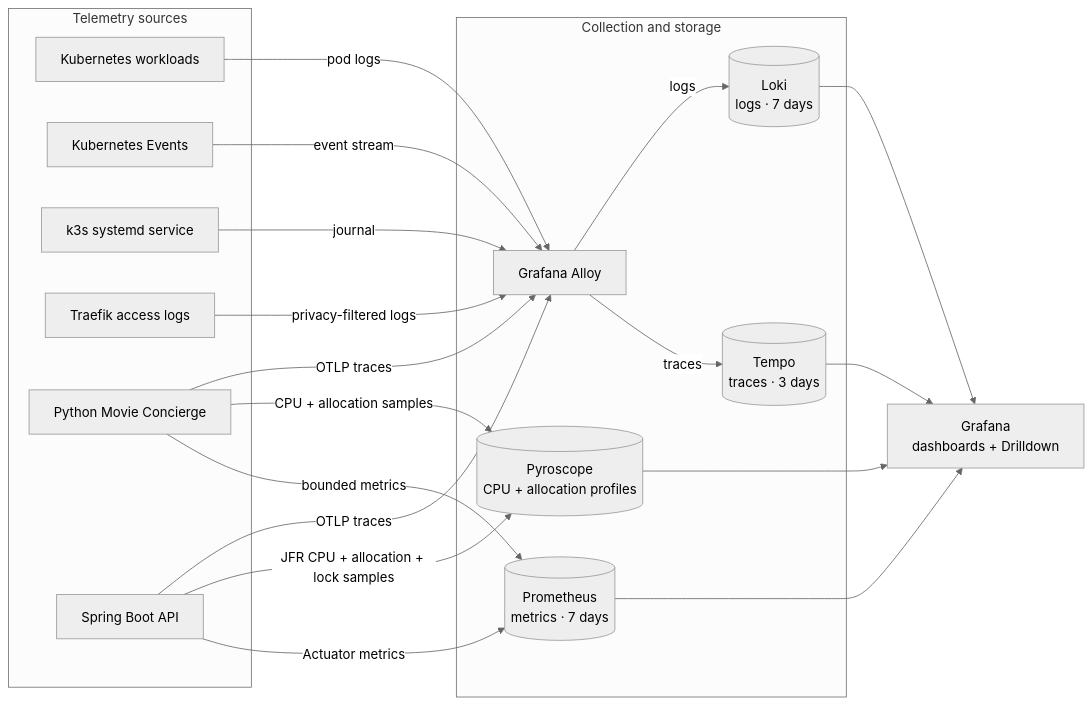
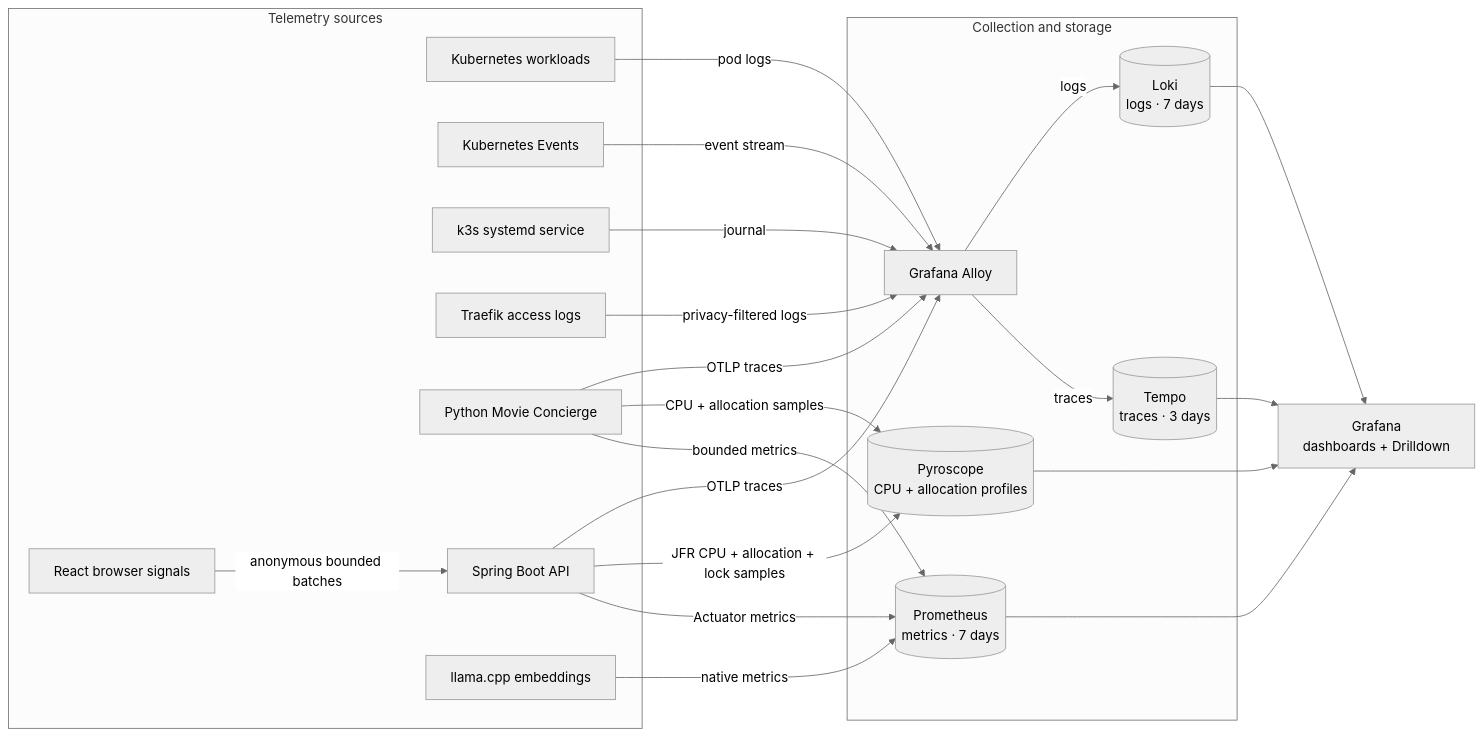
Before and after one commit to NiklasTiede/imdb-clone: the second of 3 diagrams in README.md, drawn with Mermaid (neutral theme). The commit also changed other lines of this file and 3 other files, not shown here.

````diff
--- a/README.md
+++ b/README.md
@@ -129,38 +130,42 @@
 ```mermaid
 flowchart LR
   subgraph sources["Telemetry sources"]
     workloads["Kubernetes workloads"]
     events["Kubernetes Events"]
     k3s["k3s systemd service"]
     traefik["Traefik access logs"]
+    frontendTelemetry["React browser signals"]
     agentTelemetry["Python Movie Concierge"]
     backendTelemetry["Spring Boot API"]
+    llamaTelemetry["llama.cpp embeddings"]
   end
 
   subgraph stores["Collection and storage"]
     alloy["Grafana Alloy"]
     prometheus[("Prometheus<br/>metrics · 7 days")]
     loki[("Loki<br/>logs · 7 days")]
     tempo[("Tempo<br/>traces · 3 days")]
     pyroscope[("Pyroscope<br/>CPU + allocation profiles")]
   end
 
   grafana["Grafana<br/>dashboards + Drilldown"]
 
   workloads -- "pod logs" --> alloy
   events -- "event stream" --> alloy
   k3s -- "journal" --> alloy
   traefik -- "privacy-filtered logs" --> alloy
+  frontendTelemetry -- "anonymous bounded batches" --> backendTelemetry
   agentTelemetry -- "OTLP traces" --> alloy
   backendTelemetry -- "OTLP traces" --> alloy
   agentTelemetry -- "CPU + allocation samples" --> pyroscope
   backendTelemetry -- "JFR CPU + allocation + lock samples" --> pyroscope
   alloy -- "logs" --> loki
   alloy -- "traces" --> tempo
   agentTelemetry -- "bounded metrics" --> prometheus
   backendTelemetry -- "Actuator metrics" --> prometheus
+  llamaTelemetry -- "native metrics" --> prometheus
   prometheus --> grafana
   loki --> grafana
   tempo --> grafana
   pyroscope --> grafana
 ```
````
